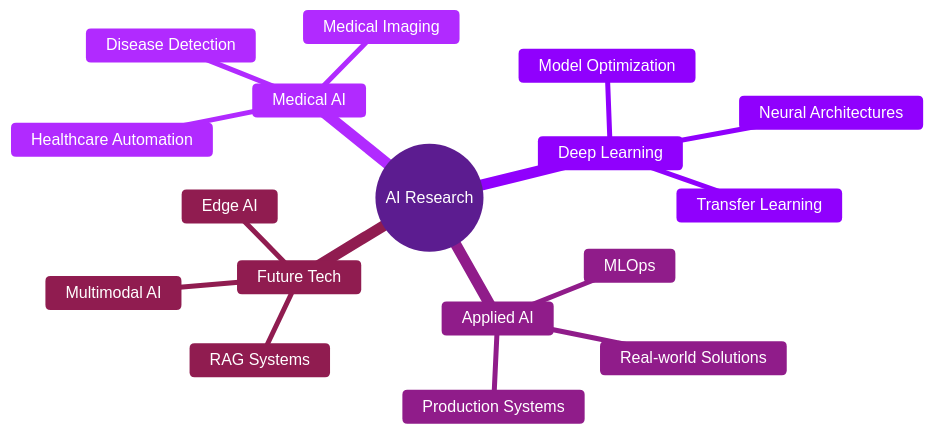
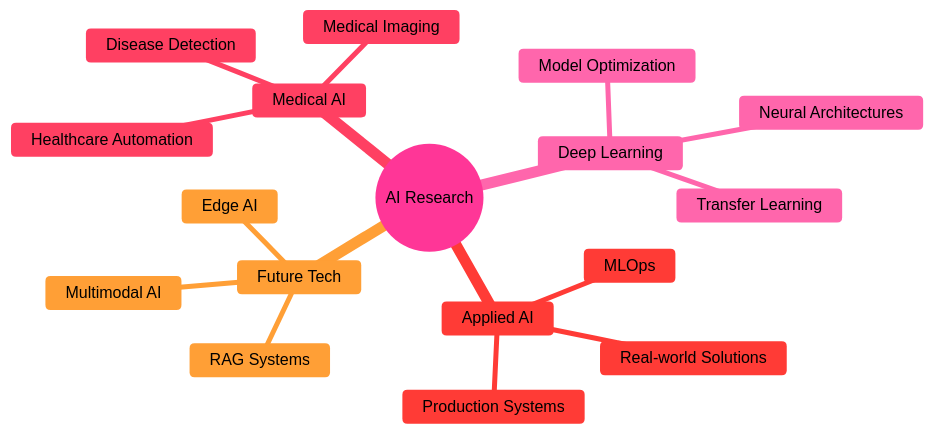
Before and after one commit to Ycmmn/Ycmmn: the diagram in README.md, drawn with Mermaid. The commit also changed other lines of this file, not shown here.

````diff
--- a/README.md
+++ b/README.md
@@ -172,21 +172,21 @@
 ```mermaid
-%%{init: {'theme':'base', 'themeVariables': { 'primaryColor':'#9D4EDD','primaryTextColor':'#ffffff','primaryBorderColor':'#7B2CBF','lineColor':'#C77DFF','secondaryColor':'#E0AAFF','secondaryTextColor':'#000000','secondaryBorderColor':'#C77DFF','tertiaryColor':'#C77DFF','tertiaryTextColor':'#000000','tertiaryBorderColor':'#9D4EDD','background':'#0d1117','mainBkg':'#9D4EDD','secondBkg':'#E0AAFF','tertiaryBkg':'#C77DFF','nodeBorder':'#7B2CBF','clusterBkg':'#10002B','clusterBorder':'#5A189A','titleColor':'#E0AAFF','edgeLabelBackground':'#10002B','nodeTextColor':'#ffffff'}}}%%
+%%{init: {'theme':'base', 'themeVariables': { 'primaryColor':'#FFB6D9','primaryTextColor':'#000000','primaryBorderColor':'#FF69B4','lineColor':'#FF1493','secondaryColor':'#FFC0CB','tertiaryColor':'#FFE5F1','background':'#1a1a1a','mainBkg':'#FFB6D9','secondBkg':'#FFC0CB','tertiaryBkg':'#FFE5F1','nodeBorder':'#FF69B4','clusterBkg':'#FFE5F1','clusterBorder':'#FF69B4','titleColor':'#FF1493','edgeLabelBackground':'#FFE5F1','nodeTextColor':'#000000'}}}%%
 mindmap
   root((AI Research))
     Medical AI
       Disease Detection
       Medical Imaging
       Healthcare Automation
     Deep Learning
       Neural Architectures
       Transfer Learning
       Model Optimization
     Applied AI
       Production Systems
       MLOps
       Real-world Solutions
     Future Tech
       RAG Systems
       Multimodal AI
       Edge AI
 ```
````
